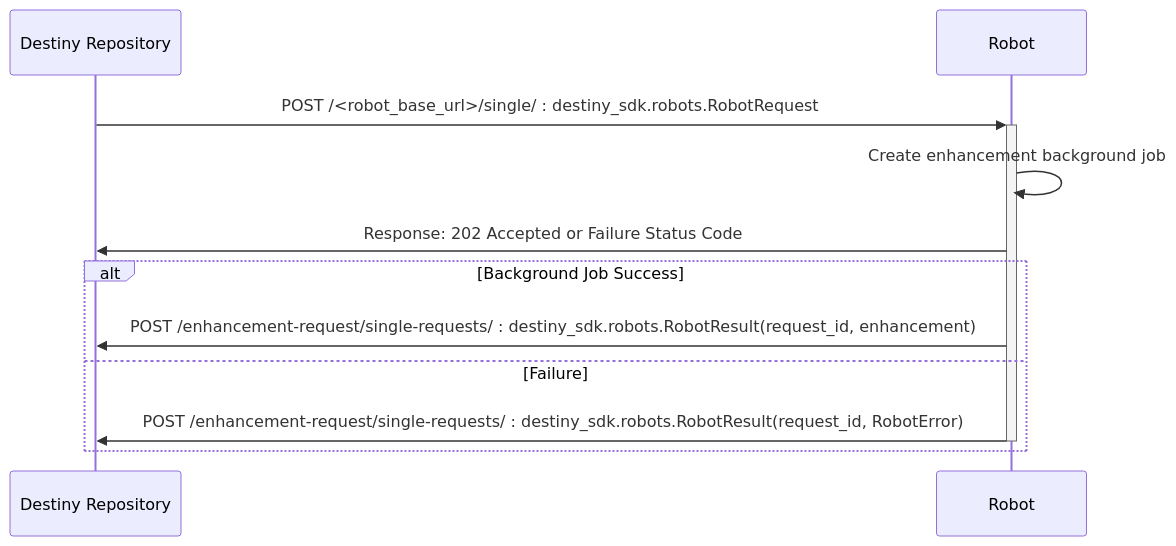
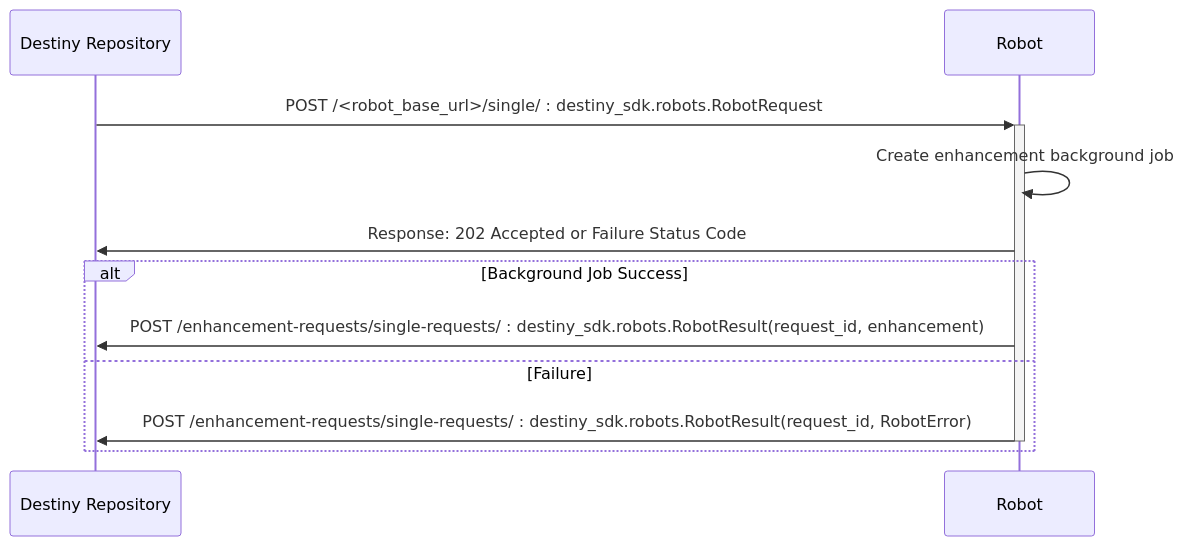
The first of 2 diagrams in README.md (destiny-evidence/fetch-abstracts-robot), drawn with Mermaid before and after one commit. The commit also changed other lines of this file and 1 other file, not shown here.

Commit message:
fixed readme api urls

````diff
--- a/README.md
+++ b/README.md
@@ -55,13 +55,13 @@
 ```mermaid
     sequenceDiagram
         participant Destiny Repository
         participant Robot
         Destiny Repository->>+Robot: POST /<robot_base_url>/single/ : destiny_sdk.robots.RobotRequest
         Robot->>Robot: Create enhancement background job
         Robot->>Destiny Repository: Response: 202 Accepted or Failure Status Code
         alt Background Job Success
-            Robot->>Destiny Repository: POST /enhancement-request/single-requests/ : destiny_sdk.robots.RobotResult(request_id, enhancement)
+            Robot->>Destiny Repository: POST /enhancement-requests/single-requests/ : destiny_sdk.robots.RobotResult(request_id, enhancement)
         else Failure
-            Robot->>-Destiny Repository: POST /enhancement-request/single-requests/ : destiny_sdk.robots.RobotResult(request_id, RobotError)
+            Robot->>-Destiny Repository: POST /enhancement-requests/single-requests/ : destiny_sdk.robots.RobotResult(request_id, RobotError)
         end
 ```
````
